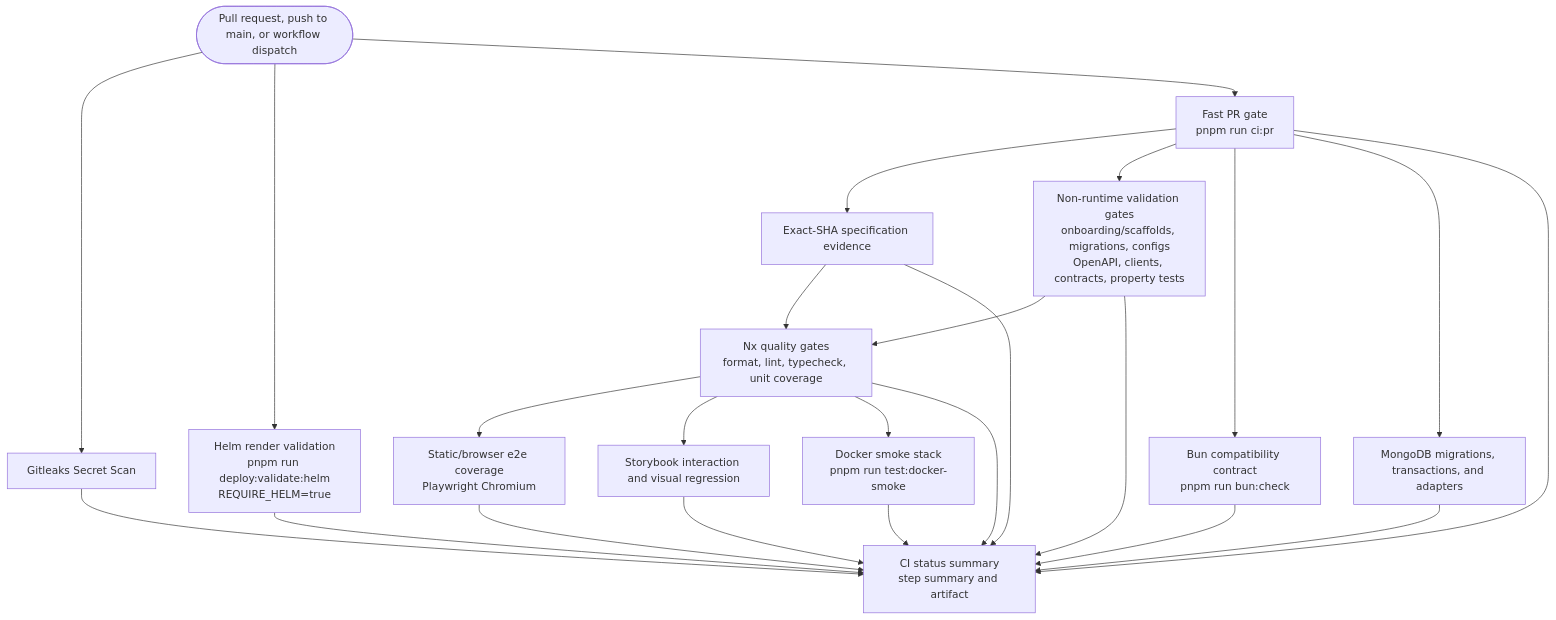
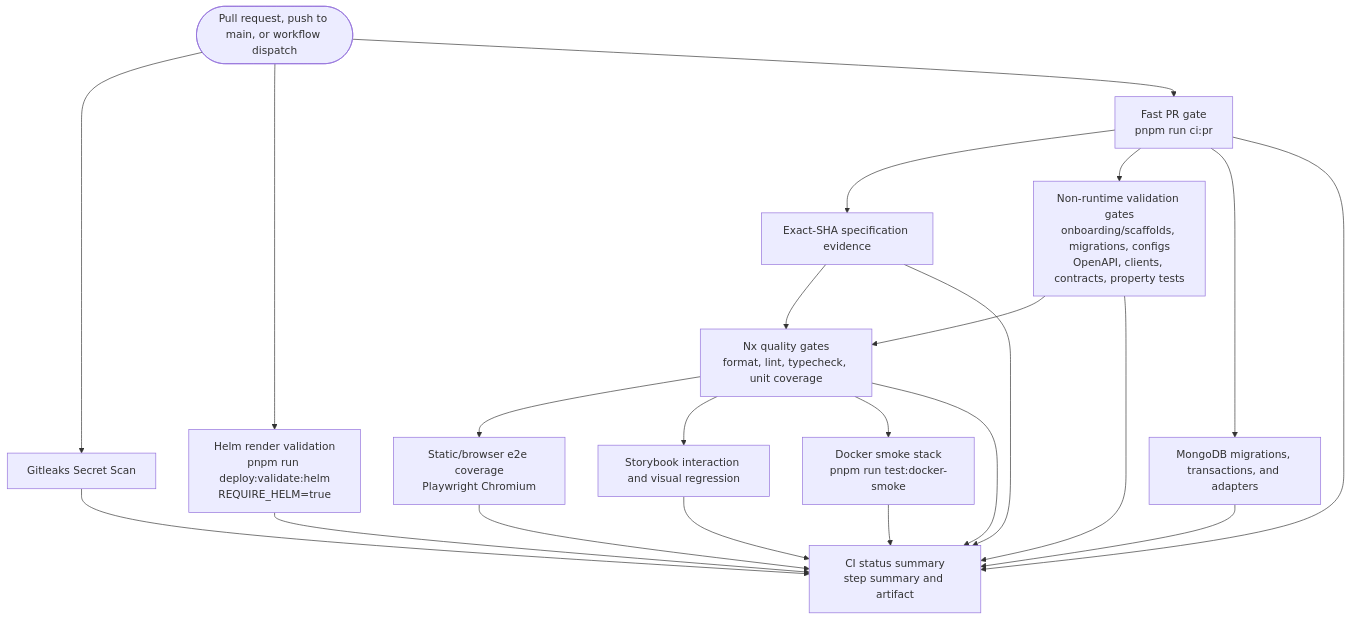
One commit to nmime/nest-react-boilerplate changed the diagram in docs/ci-observability.md. Above: the diagram before and after it, drawn with Mermaid. The commit also changed other lines of this file and 47 other files, not shown here.

````diff
--- a/docs/ci-observability.md
+++ b/docs/ci-observability.md
@@ -35,39 +35,36 @@
 ```mermaid
 flowchart TD
   start([Pull request, push to main, or workflow dispatch])
   gitleaks[Gitleaks Secret Scan]
   helm[Helm render validation<br/>pnpm run deploy:validate:helm<br/>REQUIRE_HELM=true]
   fast[Fast PR gate<br/>pnpm run ci:pr]
   spec[Exact-SHA specification evidence]
   nonruntime[Non-runtime validation gates<br/>onboarding/scaffolds, migrations, configs<br/>OpenAPI, clients, contracts, property tests]
-  buncompat[Bun compatibility contract<br/>pnpm run bun:check]
   mongo[MongoDB migrations, transactions, and adapters]
   quality[Nx quality gates<br/>format, lint, typecheck, unit coverage]
   browser[Static/browser e2e coverage<br/>Playwright Chromium]
   visual[Storybook interaction and visual regression]
   docker[Docker smoke stack<br/>pnpm run test:docker-smoke]
   summary[CI status summary<br/>step summary and artifact]
   start --> gitleaks
   start --> helm
   start --> fast
   fast --> spec
   fast --> nonruntime
-  fast --> buncompat
   fast --> mongo
   spec --> quality
   nonruntime --> quality
   quality --> browser
   quality --> visual
   quality --> docker
   gitleaks --> summary
   helm --> summary
   fast --> summary
   spec --> summary
   nonruntime --> summary
-  buncompat --> summary
   mongo --> summary
   quality --> summary
   browser --> summary
   visual --> summary
   docker --> summary
 ```
````
